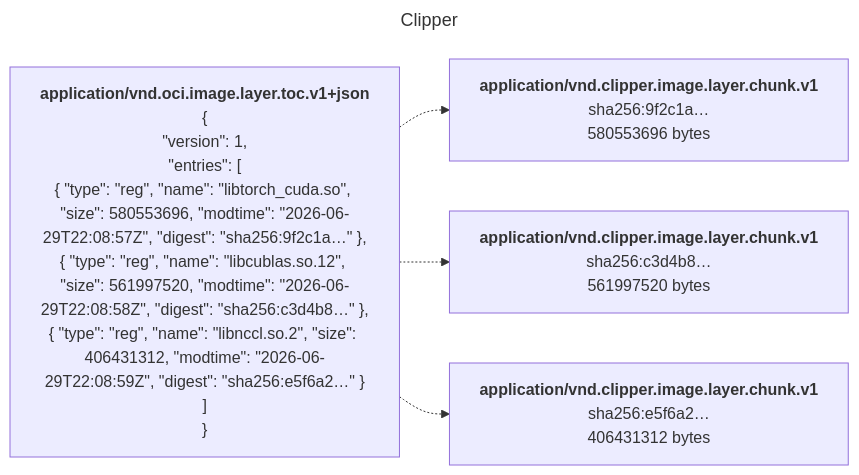
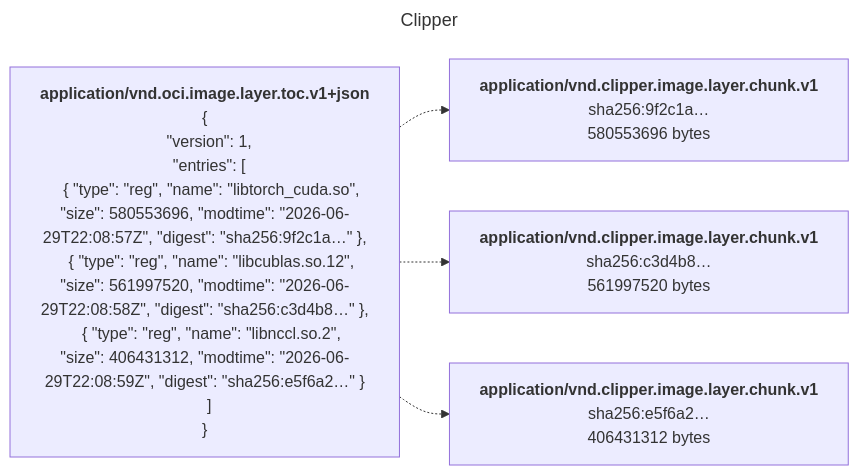
The diagram in README.md (clipper-registry/cache), drawn with Mermaid before and after one commit.

Commit message:
README: indent diagram JSON with nbsp entities
The markdown parser inside mermaid labels strips leading whitespace,
so CSS whitespace preservation has nothing to work with.

````diff
--- a/README.md
+++ b/README.md
@@ -21,29 +21,29 @@
 ```mermaid
 ---
 title: "Clipper"
 config:
-  themeCSS: ".nodeLabel, .nodeLabel p { text-align: left; white-space: pre-wrap; }"
+  themeCSS: ".nodeLabel, .nodeLabel p { text-align: left; }"
 ---
 flowchart LR
   DATA["`**application/vnd.oci.image.layer.toc.v1+json**
 {
-  &quot;version&quot;: 1,
-  &quot;entries&quot;: [
-    { &quot;type&quot;: &quot;reg&quot;, &quot;name&quot;: &quot;libtorch_cuda.so&quot;, &quot;size&quot;: 580553696, &quot;modtime&quot;: &quot;2026-06-29T22:08:57Z&quot;, &quot;digest&quot;: &quot;sha256:9f2c1a…&quot; },
-    { &quot;type&quot;: &quot;reg&quot;, &quot;name&quot;: &quot;libcublas.so.12&quot;, &quot;size&quot;: 561997520, &quot;modtime&quot;: &quot;2026-06-29T22:08:58Z&quot;, &quot;digest&quot;: &quot;sha256:c3d4b8…&quot; },
-    { &quot;type&quot;: &quot;reg&quot;, &quot;name&quot;: &quot;libnccl.so.2&quot;, &quot;size&quot;: 406431312, &quot;modtime&quot;: &quot;2026-06-29T22:08:59Z&quot;, &quot;digest&quot;: &quot;sha256:e5f6a2…&quot; }
-  ]
+&nbsp;&nbsp;&quot;version&quot;: 1,
+&nbsp;&nbsp;&quot;entries&quot;: [
+&nbsp;&nbsp;&nbsp;&nbsp;{ &quot;type&quot;: &quot;reg&quot;, &quot;name&quot;: &quot;libtorch_cuda.so&quot;, &quot;size&quot;: 580553696, &quot;modtime&quot;: &quot;2026-06-29T22:08:57Z&quot;, &quot;digest&quot;: &quot;sha256:9f2c1a…&quot; },
+&nbsp;&nbsp;&nbsp;&nbsp;{ &quot;type&quot;: &quot;reg&quot;, &quot;name&quot;: &quot;libcublas.so.12&quot;, &quot;size&quot;: 561997520, &quot;modtime&quot;: &quot;2026-06-29T22:08:58Z&quot;, &quot;digest&quot;: &quot;sha256:c3d4b8…&quot; },
+&nbsp;&nbsp;&nbsp;&nbsp;{ &quot;type&quot;: &quot;reg&quot;, &quot;name&quot;: &quot;libnccl.so.2&quot;, &quot;size&quot;: 406431312, &quot;modtime&quot;: &quot;2026-06-29T22:08:59Z&quot;, &quot;digest&quot;: &quot;sha256:e5f6a2…&quot; }
+&nbsp;&nbsp;]
 }`"]
   C2["`**application/vnd.clipper.image.layer.chunk.v1**
 sha256:9f2c1a…
 580553696 bytes`"]
   C3["`**application/vnd.clipper.image.layer.chunk.v1**
 sha256:c3d4b8…
 561997520 bytes`"]
   C4["`**application/vnd.clipper.image.layer.chunk.v1**
 sha256:e5f6a2…
 406431312 bytes`"]
   DATA -.-> C2
   DATA -.-> C3
   DATA -.-> C4
 ```
````
